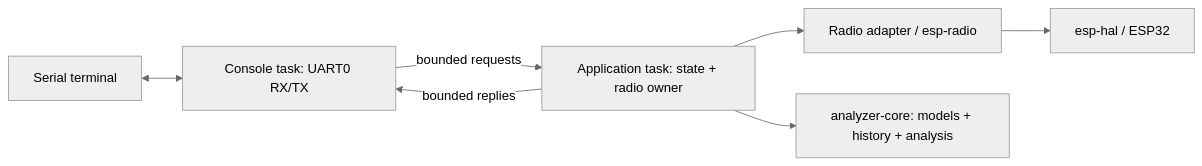
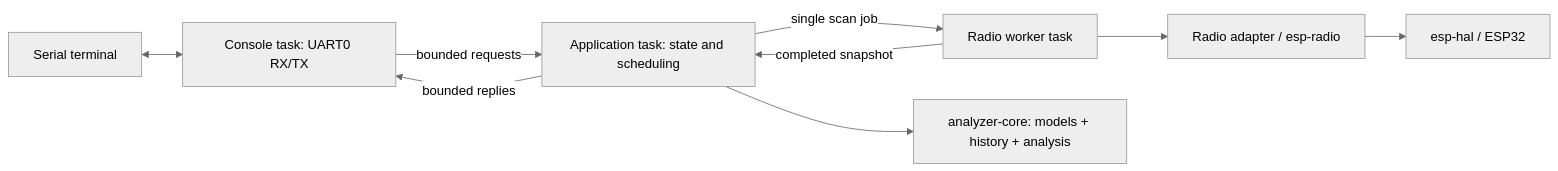
Before and after one commit to pravennn08/esp-wifi-analyzer: the diagram in docs/architecture.md, drawn with Mermaid (neutral theme). The commit also changed other lines of this file and 10 other files, not shown here.

````diff
--- a/docs/architecture.md
+++ b/docs/architecture.md
@@ -16,9 +16,11 @@
 ```mermaid
 flowchart LR
     PC[Serial terminal] <--> Console[Console task: UART0 RX/TX]
-    Console -->|bounded requests| App[Application task: state + radio owner]
-    App --> Radio[Radio adapter / esp-radio]
+    Console -->|bounded requests| App[Application task: state and scheduling]
+    App -->|single scan job| Worker[Radio worker task]
+    Worker --> Radio[Radio adapter / esp-radio]
     Radio --> HAL[esp-hal / ESP32]
+    Worker -->|completed snapshot| App
     App --> Core[analyzer-core: models + history + analysis]
     App -->|bounded replies| Console
 ```
````
